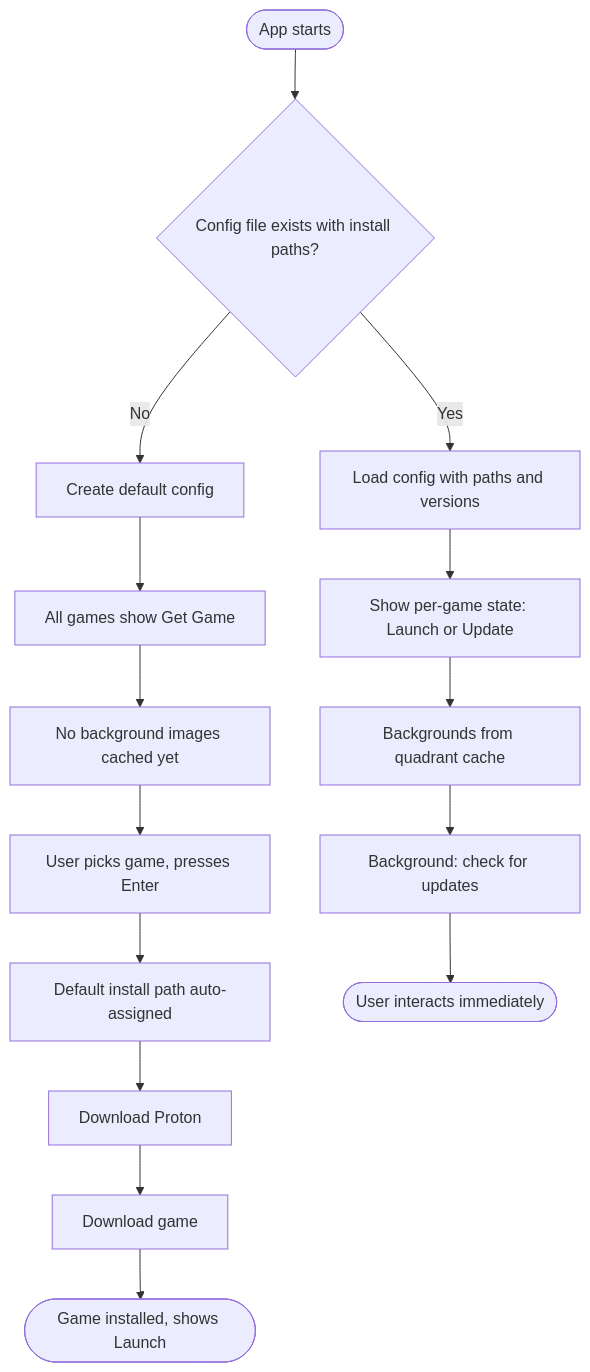
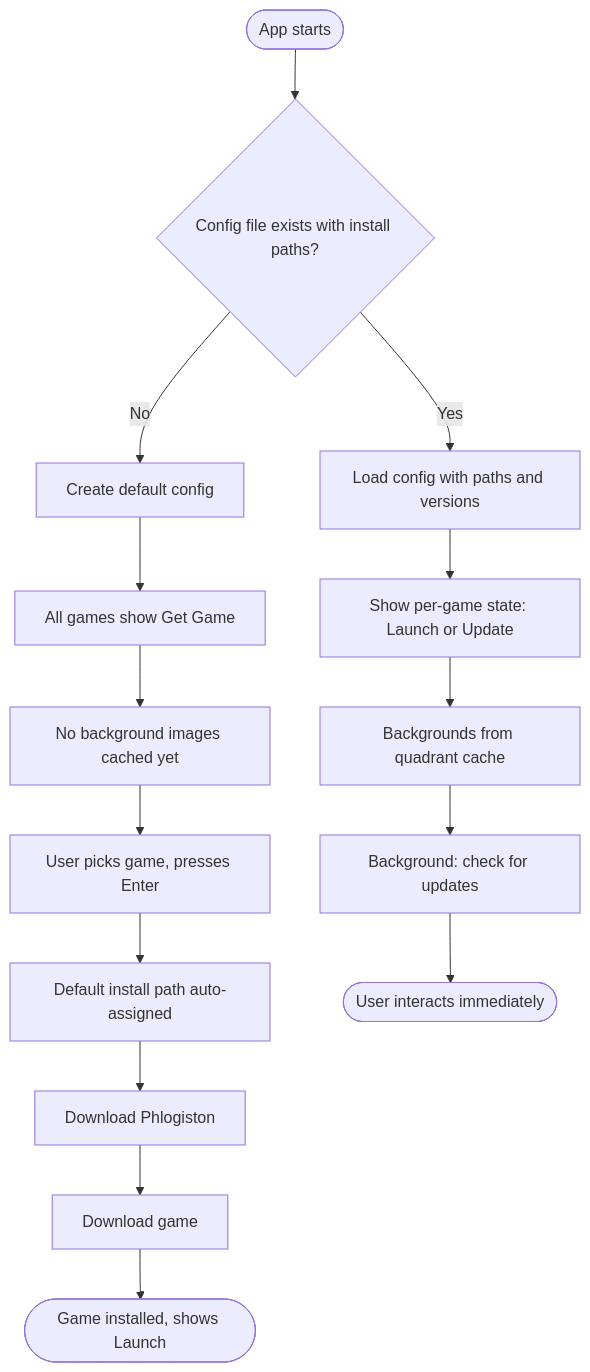
Before and after one commit to ChakornK/elysiae-tui: diagram 21 of 21 in UX.md, drawn with Mermaid. The commit also changed other lines of this file and 9 other files, not shown here.

````diff
--- a/UX.md
+++ b/UX.md
@@ -536,18 +525,18 @@
 ```mermaid
 flowchart TD
     Start([App starts]) --> HasConfig{Config file exists with install paths?}
     HasConfig -->|No| CreateDefault[Create default config]
     CreateDefault --> AllNotInstalled[All games show Get Game]
     AllNotInstalled --> NoBG[No background images cached yet]
     NoBG --> UserPicksGame[User picks game, presses Enter]
     UserPicksGame --> AssignPath[Default install path auto-assigned]
-    AssignPath --> DownloadComp[Download Proton]
+    AssignPath --> DownloadComp[Download Phlogiston]
     DownloadComp --> DownloadGame[Download game]
     DownloadGame --> Ready([Game installed, shows Launch])
 
     HasConfig -->|Yes| LoadExisting[Load config with paths and versions]
     LoadExisting --> ShowState[Show per-game state: Launch or Update]
     ShowState --> CacheHit[Backgrounds from quadrant cache]
     CacheHit --> BGUpdateCheck[Background: check for updates]
     BGUpdateCheck --> Interactive([User interacts immediately])
 ```
````
